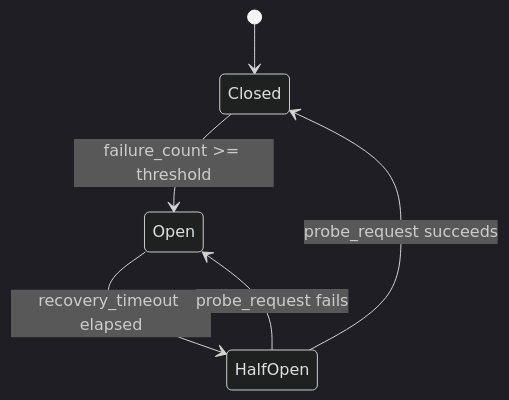
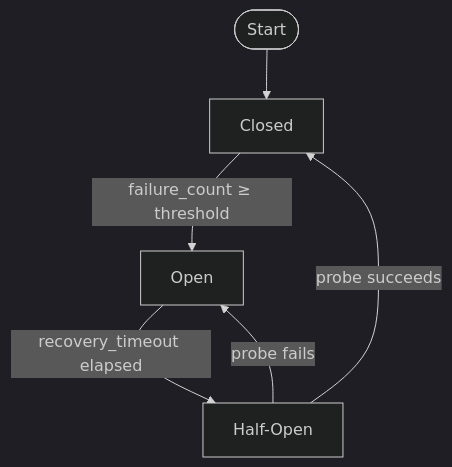
One commit to blebleblee/synapse changed the third of 4 diagrams in topics/computing/ai/gemini_and_multimodal_apis/labs.md. Above: the diagram before and after it, drawn with Mermaid (dark theme). The commit also changed 1464 other files, not shown here.

Commit message:
feat(release): curriculum vector mermaid upgrade, render hardening, and master synpack

````diff
--- a/topics/computing/ai/gemini_and_multimodal_apis/labs.md
+++ b/topics/computing/ai/gemini_and_multimodal_apis/labs.md
@@ -943,8 +943,13 @@
 ```mermaid
-stateDiagram-v2
-    [*] --> Closed
-    Closed --> Open : failure_count >= threshold
-    Open --> HalfOpen : recovery_timeout elapsed
-    HalfOpen --> Closed : probe_request succeeds
-    HalfOpen --> Open : probe_request fails
+flowchart TD
+    Start(["Start"])
+    Closed["Closed"]
+    Open["Open"]
+    HalfOpen["Half-Open"]
+    
+    Start --> Closed
+    Closed -->|"failure_count ≥ threshold"| Open
+    Open -->|"recovery_timeout elapsed"| HalfOpen
+    HalfOpen -->|"probe succeeds"| Closed
+    HalfOpen -->|"probe fails"| Open
 ```
````
